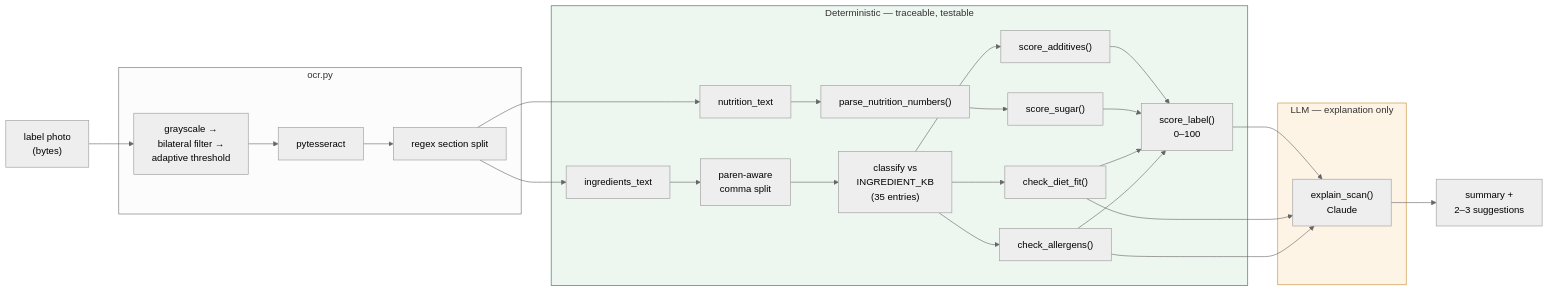
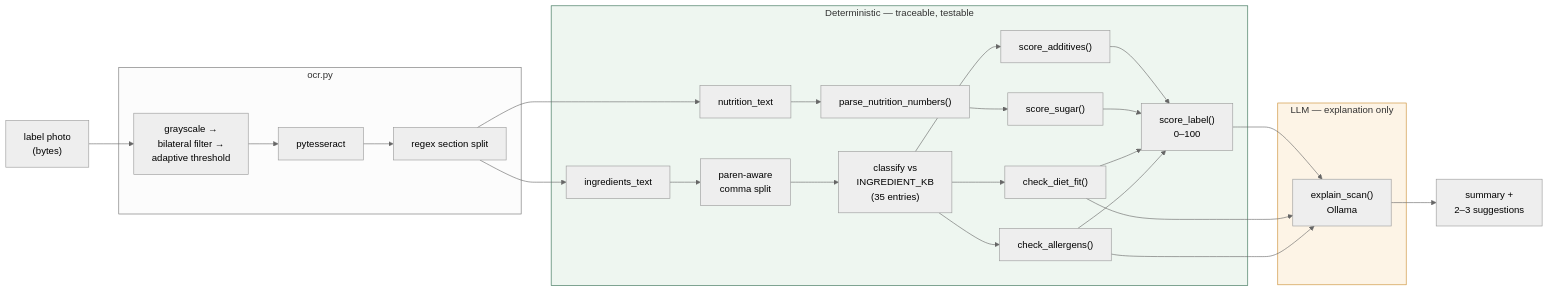
One commit to dipal0708/ScanBite changed the third of 6 diagrams in labelwise-scaffold/labelwise/docs/architecture-diagram.md. Above: the diagram before and after it, drawn with Mermaid (neutral theme). The commit also changed other lines of this file and 17 other files, not shown here.

````diff
--- a/labelwise-scaffold/labelwise/docs/architecture-diagram.md
+++ b/labelwise-scaffold/labelwise/docs/architecture-diagram.md
@@ -118,35 +118,35 @@
 ```mermaid
 flowchart LR
     IMG["label photo<br/>(bytes)"] --> PRE
 
     subgraph ocrp["ocr.py"]
         PRE["grayscale →<br/>bilateral filter →<br/>adaptive threshold"] --> TESS["pytesseract"]
         TESS --> SPLIT["regex section split"]
     end
 
     SPLIT --> ITEXT["ingredients_text"]
     SPLIT --> NTEXT["nutrition_text"]
 
     subgraph det["Deterministic — traceable, testable"]
         ITEXT --> PARSE["paren-aware<br/>comma split"]
         PARSE --> CLASS["classify vs<br/>INGREDIENT_KB<br/>(35 entries)"]
         CLASS --> DF["check_diet_fit()"]
         CLASS --> AL["check_allergens()"]
         CLASS --> SA["score_additives()"]
         NTEXT --> NUM["parse_nutrition_numbers()"]
         NUM --> SS["score_sugar()"]
         SA & SS & DF & AL --> SL["score_label()<br/>0–100"]
     end
 
     subgraph llm["LLM — explanation only"]
-        EXP["explain_scan()<br/>Claude"]
+        EXP["explain_scan()<br/>Ollama"]
     end
 
     SL --> EXP
     DF --> EXP
     AL --> EXP
     EXP --> OUT["summary +<br/>2–3 suggestions"]
 
     style det fill:#eef6f0,stroke:#2F6B4F
     style llm fill:#fdf4e6,stroke:#C98A2C
 ```
````
